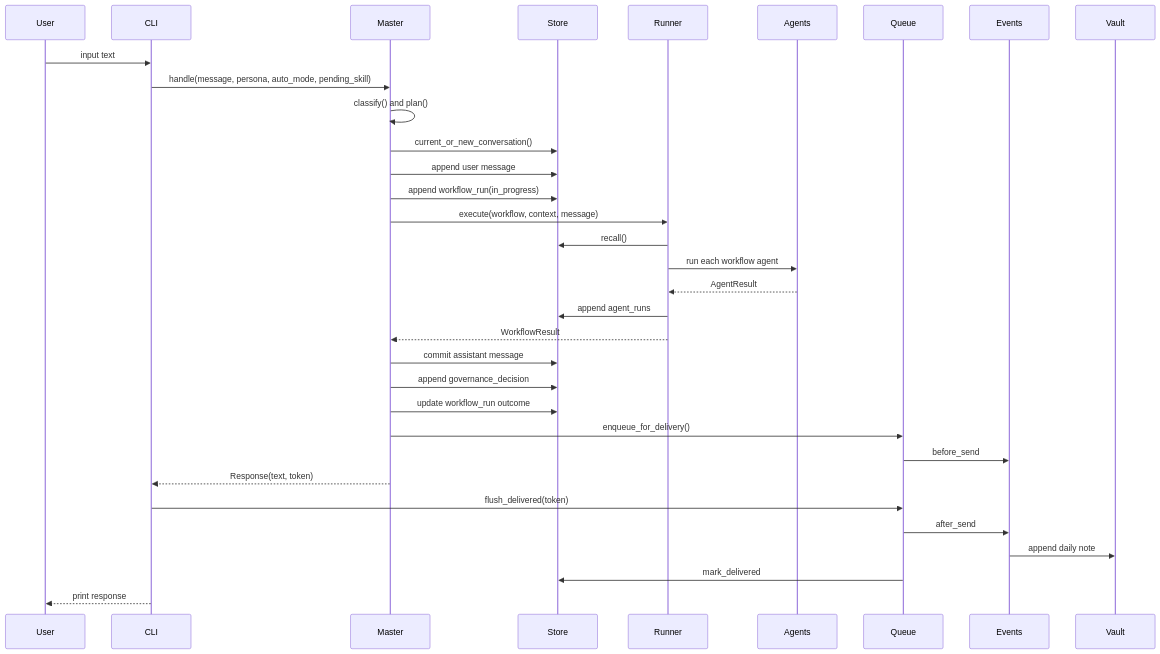
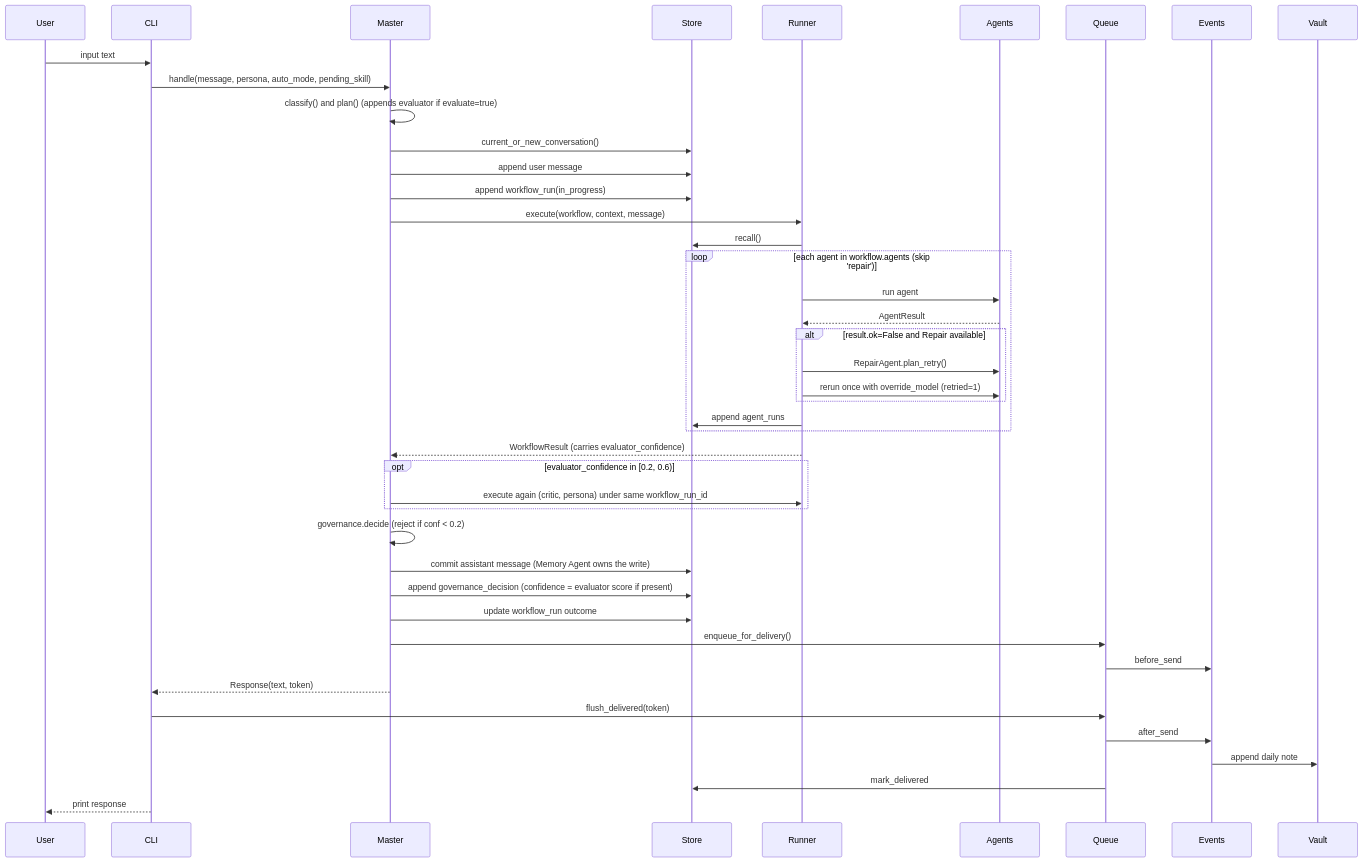
One commit to GTuritto/ubongo changed the second of 7 diagrams in docs/system-architecture.md. Above: the diagram before and after it, drawn with Mermaid. The commit also changed other lines of this file and 2 other files, not shown here.

````diff
--- a/docs/system-architecture.md
+++ b/docs/system-architecture.md
@@ -53,36 +63,46 @@
 ```mermaid
 sequenceDiagram
     participant User as User
     participant CLI
     participant Master
     participant Store
     participant Runner
     participant Agents
     participant Queue
     participant Events
     participant Vault
 
     User->>CLI: input text
     CLI->>Master: handle(message, persona, auto_mode, pending_skill)
-    Master->>Master: classify() and plan()
+    Master->>Master: classify() and plan() (appends evaluator if evaluate=true)
     Master->>Store: current_or_new_conversation()
     Master->>Store: append user message
     Master->>Store: append workflow_run(in_progress)
     Master->>Runner: execute(workflow, context, message)
     Runner->>Store: recall()
-    Runner->>Agents: run each workflow agent
-    Agents-->>Runner: AgentResult
-    Runner->>Store: append agent_runs
-    Runner-->>Master: WorkflowResult
-    Master->>Store: commit assistant message
-    Master->>Store: append governance_decision
+    loop each agent in workflow.agents (skip 'repair')
+      Runner->>Agents: run agent
+      Agents-->>Runner: AgentResult
+      alt result.ok=False and Repair available
+        Runner->>Agents: RepairAgent.plan_retry()
+        Runner->>Agents: rerun once with override_model (retried=1)
+      end
+      Runner->>Store: append agent_runs
+    end
+    Runner-->>Master: WorkflowResult (carries evaluator_confidence)
+    opt evaluator_confidence in [0.2, 0.6)
+      Master->>Runner: execute again (critic, persona) under same workflow_run_id
+    end
+    Master->>Master: governance.decide (reject if conf < 0.2)
+    Master->>Store: commit assistant message (Memory Agent owns the write)
+    Master->>Store: append governance_decision (confidence = evaluator score if present)
     Master->>Store: update workflow_run outcome
     Master->>Queue: enqueue_for_delivery()
     Queue->>Events: before_send
     Master-->>CLI: Response(text, token)
     CLI->>Queue: flush_delivered(token)
     Queue->>Events: after_send
     Events->>Vault: append daily note
     Queue->>Store: mark_delivered
     CLI-->>User: print response
 ```
````
